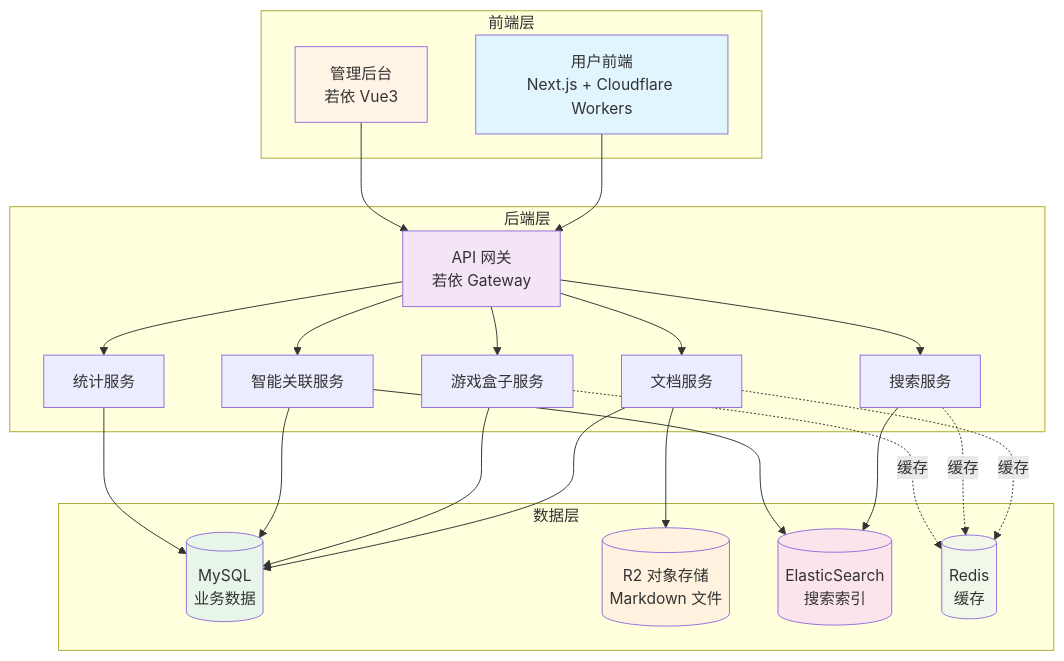
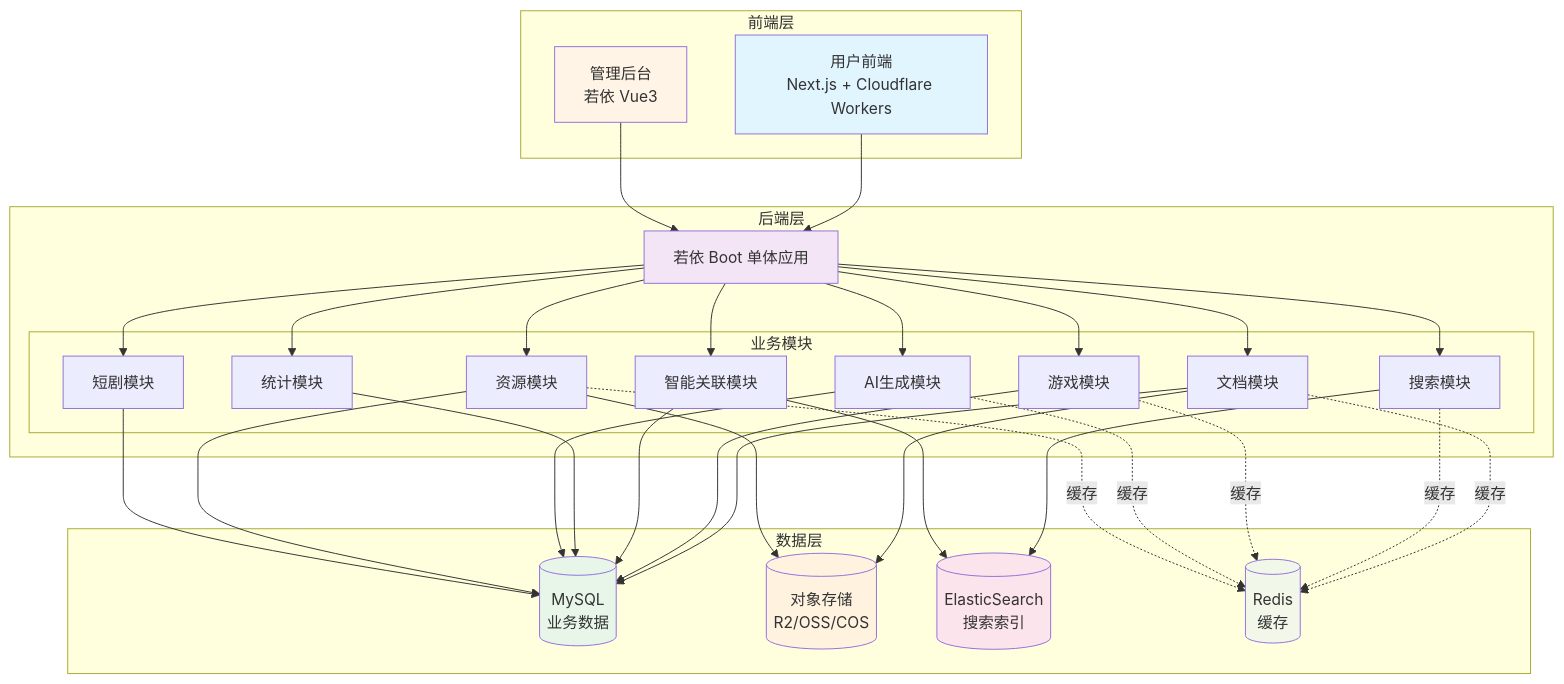
Before and after one commit to MisinGuo/game-box-web: the diagram in docs/PRD-游戏盒子内容管理系统.md, drawn with Mermaid. The commit also changed other lines of this file and 3 other files, not shown here.

````diff
--- a/docs/PRD-游戏盒子内容管理系统.md
+++ b/docs/PRD-游戏盒子内容管理系统.md
@@ -26,51 +26,66 @@
 ```mermaid
 graph TB
     subgraph "前端层"
         A[用户前端<br/>Next.js + Cloudflare Workers]
         B[管理后台<br/>若依 Vue3]
     end
     
     subgraph "后端层"
-        C[API 网关<br/>若依 Gateway]
-        D[文档服务]
-        E[搜索服务]
-        F[游戏盒子服务]
-        G[智能关联服务]
-        H[统计服务]
+        C[若依 Boot 单体应用]
+        
+        subgraph "业务模块"
+            D[文档模块]
+            E[搜索模块]
+            F[游戏模块]
+            G[智能关联模块]
+            H[统计模块]
+            I2[AI生成模块]
+            J2[资源模块]
+            K2[短剧模块]
+        end
     end
     
     subgraph "数据层"
         I[(MySQL<br/>业务数据)]
-        J[(R2 对象存储<br/>Markdown 文件)]
+        J[(对象存储<br/>R2/OSS/COS)]
         K[(ElasticSearch<br/>搜索索引)]
         L[(Redis<br/>缓存)]
     end
     
     A --> C
     B --> C
     C --> D
     C --> E
     C --> F
     C --> G
     C --> H
+    C --> I2
+    C --> J2
+    C --> K2
     
     D --> I
     D --> J
     E --> K
     F --> I
     G --> I
     G --> K
     H --> I
+    I2 --> I
+    J2 --> I
+    J2 --> J
+    K2 --> I
     
     D -.缓存.-> L
     E -.缓存.-> L
     F -.缓存.-> L
+    I2 -.缓存.-> L
+    J2 -.缓存.-> L
     
     style A fill:#e1f5ff
     style B fill:#fff4e6
     style C fill:#f3e5f5
     style I fill:#e8f5e9
     style J fill:#fff3e0
     style K fill:#fce4ec
     style L fill:#f1f8e9
 ```
````
